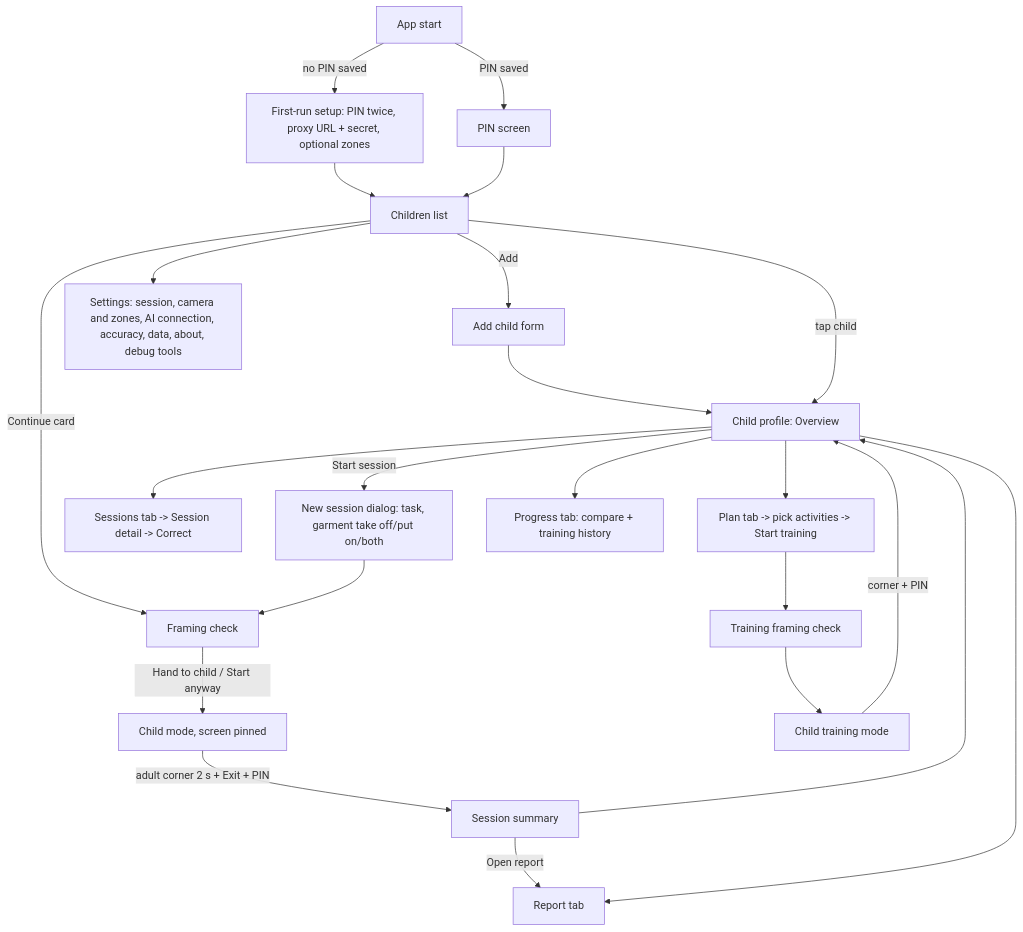
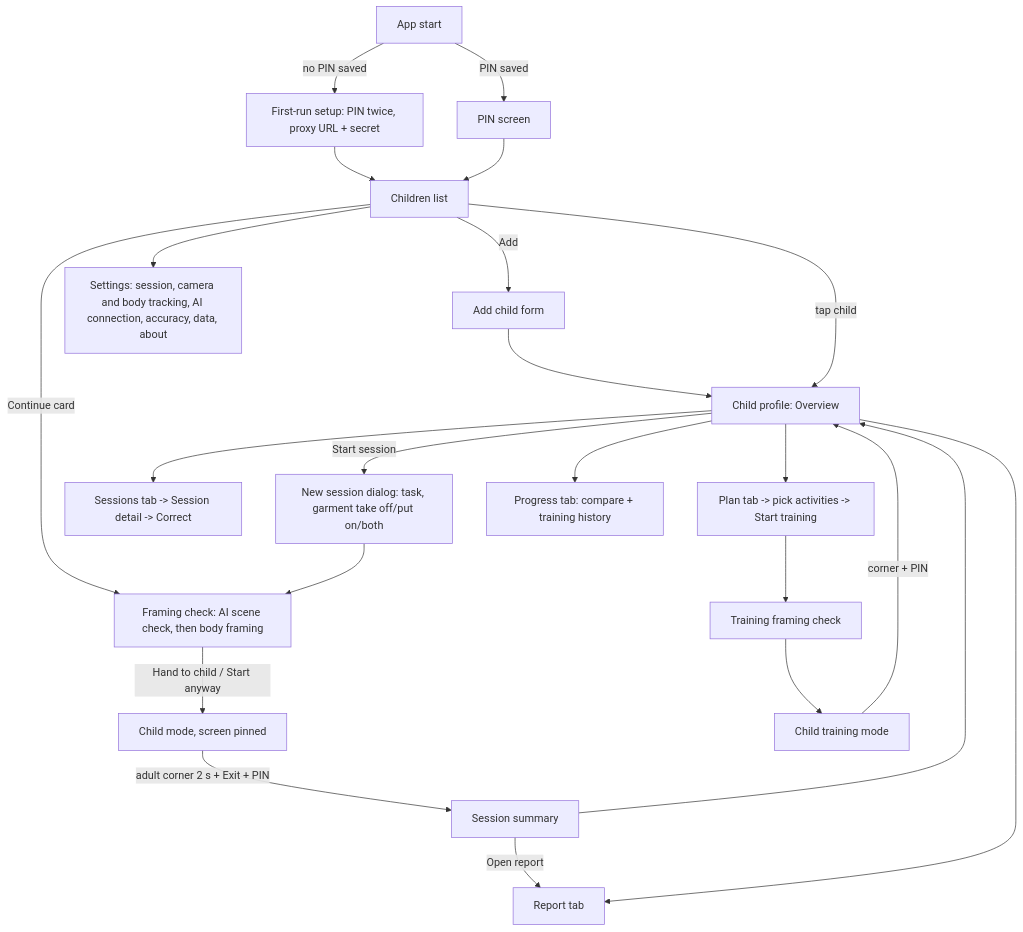
One commit to bosamraprivate-cloud/skill-motion changed the diagram in docs/flows/therapist-flow.md. Above: the diagram before and after it, drawn with Mermaid. The commit also changed other lines of this file and 49 other files, not shown here.

Commit message:
feat: AI scene check before sessions (/scene proxy route, auto zones, face blur), remove manual zones and developer tools

````diff
--- a/docs/flows/therapist-flow.md
+++ b/docs/flows/therapist-flow.md
@@ -9,23 +9,23 @@
 ```mermaid
 flowchart TD
-    A[App start] -->|no PIN saved| B[First-run setup: PIN twice, proxy URL + secret, optional zones]
+    A[App start] -->|no PIN saved| B[First-run setup: PIN twice, proxy URL + secret]
     A -->|PIN saved| C[PIN screen]
     B --> D[Children list]
     C --> D
     D -->|Add| E[Add child form]
     E --> F[Child profile: Overview]
     D -->|tap child| F
     D -->|Continue card| G
     F -->|Start session| H[New session dialog: task, garment take off/put on/both]
-    H --> G[Framing check]
+    H --> G[Framing check: AI scene check, then body framing]
     G -->|Hand to child / Start anyway| I[Child mode, screen pinned]
     I -->|adult corner 2 s + Exit + PIN| J[Session summary]
     J --> F
     J -->|Open report| K[Report tab]
     F --> L[Sessions tab -> Session detail -> Correct]
     F --> K
     F --> M[Plan tab -> pick activities -> Start training]
     M --> G2[Training framing check] --> I2[Child training mode] -->|corner + PIN| F
     F --> N[Progress tab: compare + training history]
-    D --> S[Settings: session, camera and zones, AI connection, accuracy, data, about, debug tools]
+    D --> S[Settings: session, camera and body tracking, AI connection, accuracy, data, about]
 ```
````
